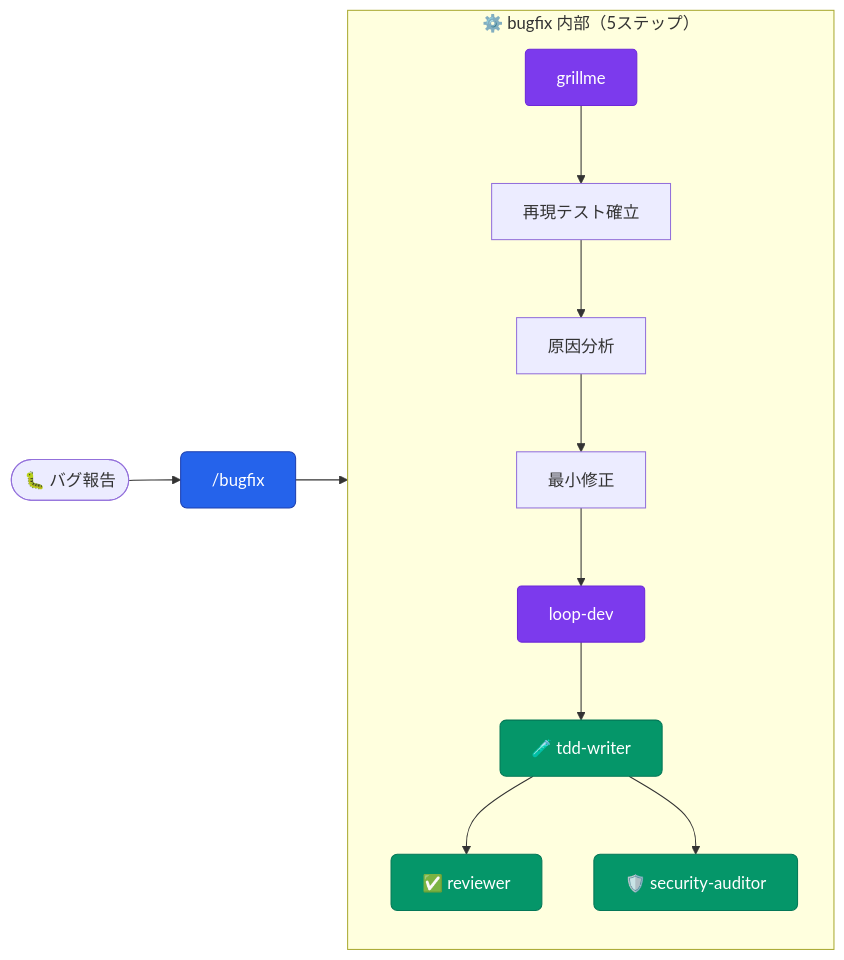
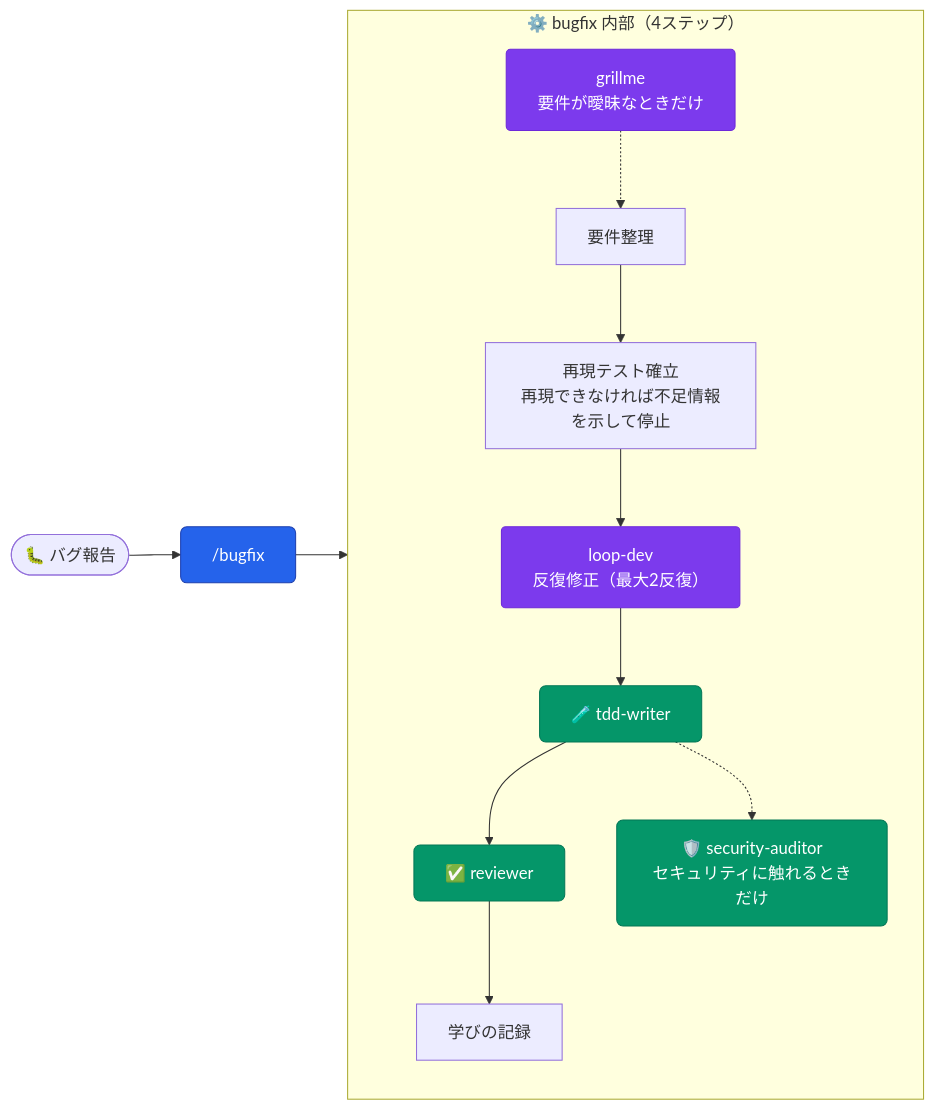
The second of 19 diagrams in README.md (aokumablue/claq), drawn with Mermaid before and after one commit. The commit also changed other lines of this file, not shown here.

First line of the commit message:
docs(readme): コマンドの段数・ワークフロー図・フック説明を実装に合わせる

````diff
--- a/README.md
+++ b/README.md
@@ -214,21 +219,21 @@
 ```mermaid
 flowchart LR
   classDef cmd    fill:#2563eb,stroke:#1e40af,color:#fff,rx:6
   classDef agent  fill:#059669,stroke:#047857,color:#fff,rx:6
   classDef skill  fill:#7c3aed,stroke:#6d28d9,color:#fff,rx:4
 
   U(["🐛 バグ報告"]) --> CB["/bugfix"]:::cmd
 
-  subgraph bugfix["⚙️ bugfix 内部（5ステップ）"]
+  subgraph bugfix["⚙️ bugfix 内部（4ステップ）"]
     direction TB
-    SG["grillme"]:::skill --> REPRO["再現テスト確立"]
-    REPRO --> ROOT["原因分析"]
-    ROOT --> FIX["最小修正"]
-    FIX --> ST["loop-dev"]:::skill
+    SG["grillme<br/>要件が曖昧なときだけ"]:::skill -.-> REQ
+    REQ["要件整理"] --> REPRO["再現テスト確立<br/>再現できなければ不足情報を示して停止"]
+    REPRO --> ST["loop-dev<br/>反復修正（最大2反復）"]:::skill
     ST --> AT["🧪 tdd-writer"]:::agent
     AT --> AR["✅ reviewer"]:::agent
-    AT --> ASEC["🛡️ security-auditor"]:::agent
+    AT -.-> ASEC["🛡️ security-auditor<br/>セキュリティに触れるときだけ"]:::agent
+    AR --> LEARN["学びの記録"]
   end
 
   CB --> bugfix
 ```
````
